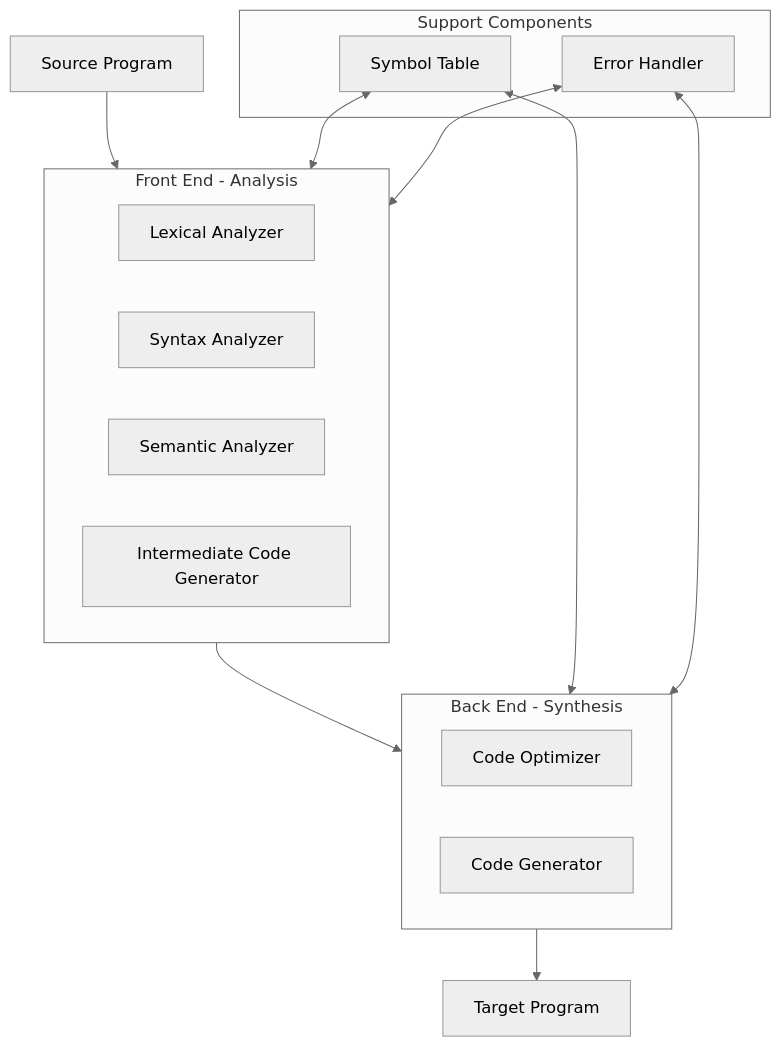
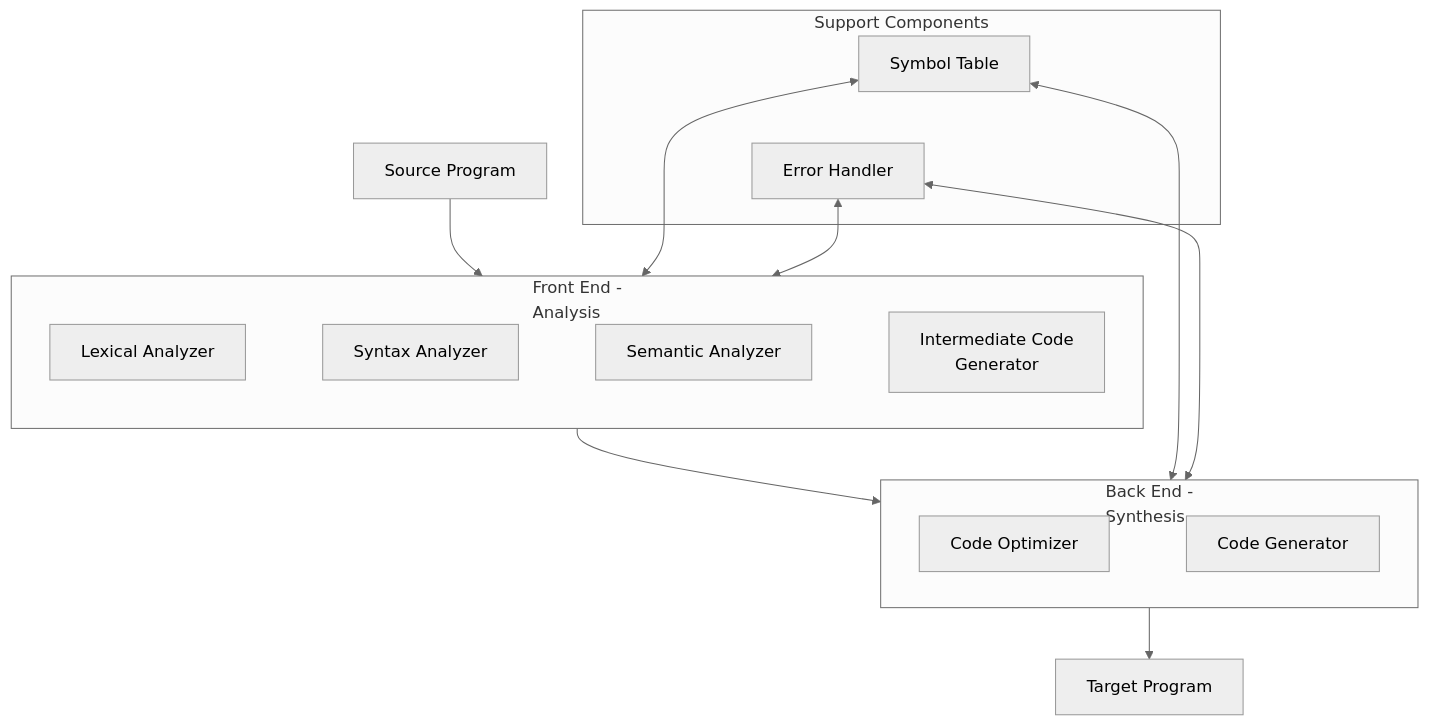
The first of 2 diagrams in 02-Semester-VI/CS-354-MJ-T-Compiler-Construction/Unit-2.md (amitdevx/TY), drawn with Mermaid (neutral theme) before and after one commit. The commit also changed other lines of this file and 65 other files, not shown here.

Commit message:
fix:graph vertical

````diff
--- a/02-Semester-VI/CS-354-MJ-T-Compiler-Construction/Unit-2.md
+++ b/02-Semester-VI/CS-354-MJ-T-Compiler-Construction/Unit-2.md
@@ -62,29 +62,32 @@
 ```mermaid
 graph TD
   SRC[Source Program] --> FE
 
-  subgraph FE[Front End - Analysis]
+  subgraph FE[Front End -<br/>Analysis]
     LEX[Lexical Analyzer]
     SYN[Syntax Analyzer]
     SEM[Semantic Analyzer]
-    ICG[Intermediate Code Generator]
+    ICG[Intermediate Code<br/>Generator]
+        LEX ~~~ SYN ~~~ SEM ~~~ ICG
   end
 
-  subgraph BE[Back End - Synthesis]
+  subgraph BE[Back End -<br/>Synthesis]
     OPT[Code Optimizer]
     CG[Code Generator]
+        OPT ~~~ CG
   end
 
   subgraph SUPPORT[Support Components]
     ST[Symbol Table]
     EH[Error Handler]
+        ST ~~~ EH
   end
 
   FE --> BE
   BE --> TGT[Target Program]
 
   ST <--> FE
   ST <--> BE
   EH <--> FE
   EH <--> BE
 ```
````
